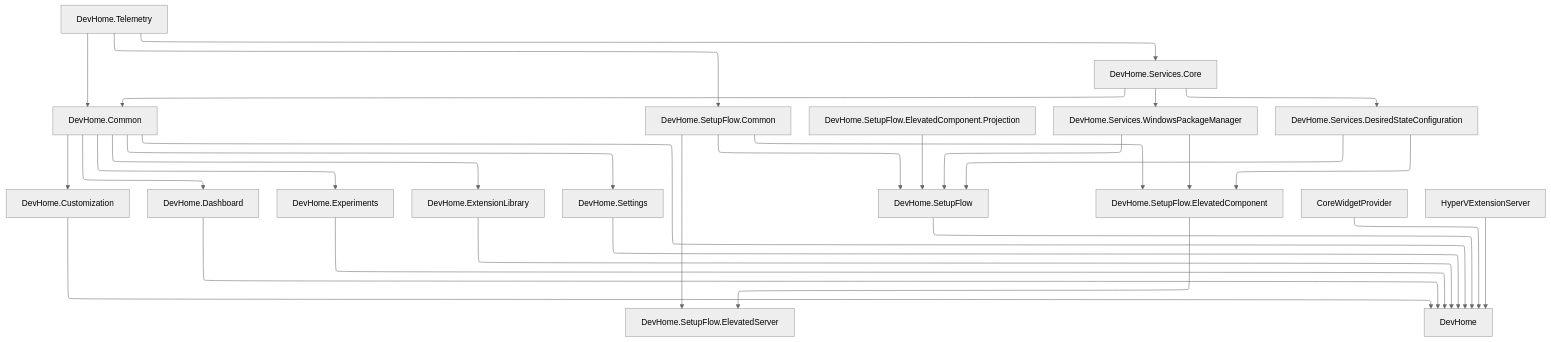
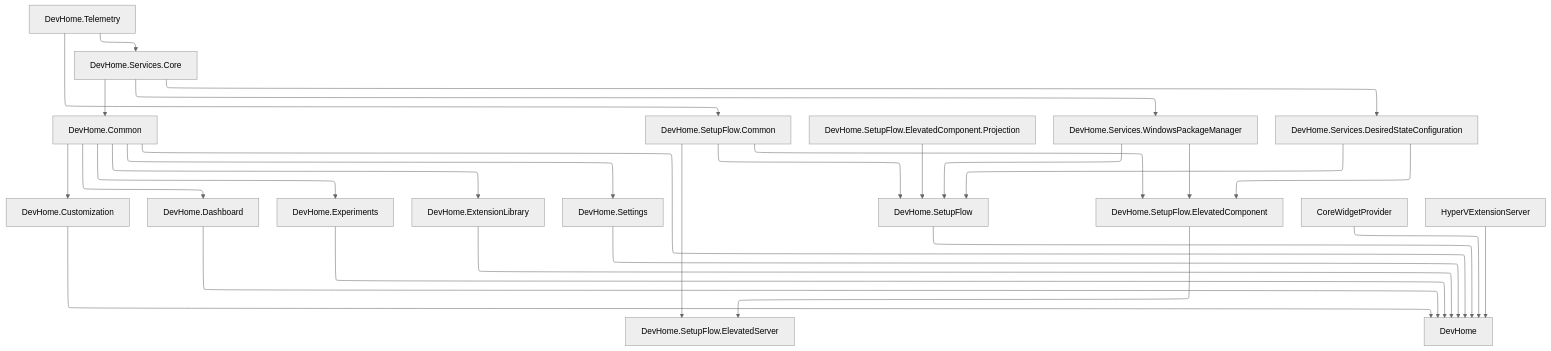
Before and after one commit to microsoft/devhome: the diagram in docs/architecture.md, drawn with Mermaid (neutral theme).

Commit message:
Update arch

````diff
--- a/docs/architecture.md
+++ b/docs/architecture.md
@@ -14,33 +14,32 @@
 ```mermaid
 graph TD;
     %%{init:{'flowchart':{"defaultRenderer": "elk"}}}%%
-    DevHome.Telemetry-->DevHome.Common;
     DevHome.Common-->DevHome.Customization;
     DevHome.Common-->DevHome.Dashboard;
     DevHome.Common-->DevHome.Experiments;
     DevHome.Common-->DevHome.ExtensionLibrary;
     DevHome.Common-->DevHome.Settings;
     DevHome.Telemetry-->DevHome.SetupFlow.Common;
     DevHome.SetupFlow.Common-->DevHome.SetupFlow;
     DevHome.SetupFlow.Common-->DevHome.SetupFlow.ElevatedComponent;
     DevHome.SetupFlow.Common-->DevHome.SetupFlow.ElevatedServer;
     DevHome.SetupFlow.ElevatedComponent-->DevHome.SetupFlow.ElevatedServer;
     DevHome.SetupFlow.ElevatedComponent.Projection-->DevHome.SetupFlow;
     CoreWidgetProvider-->DevHome;
     HyperVExtensionServer-->DevHome;
     DevHome.Common-->DevHome;
     DevHome.Customization-->DevHome;
     DevHome.Dashboard-->DevHome;
     DevHome.Experiments-->DevHome;
     DevHome.ExtensionLibrary-->DevHome;
     DevHome.Settings-->DevHome;
     DevHome.SetupFlow-->DevHome;
     DevHome.Services.Core-->DevHome.Services.WindowsPackageManager;
     DevHome.Services.Core-->DevHome.Services.DesiredStateConfiguration;
     DevHome.Telemetry-->DevHome.Services.Core;
     DevHome.Services.Core-->DevHome.Common;
     DevHome.Services.WindowsPackageManager-->DevHome.SetupFlow;
     DevHome.Services.DesiredStateConfiguration-->DevHome.SetupFlow;
     DevHome.Services.WindowsPackageManager-->DevHome.SetupFlow.ElevatedComponent;
     DevHome.Services.DesiredStateConfiguration-->DevHome.SetupFlow.ElevatedComponent;
 ```
````
